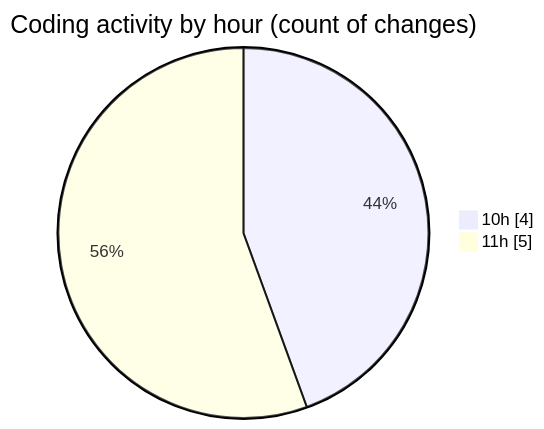
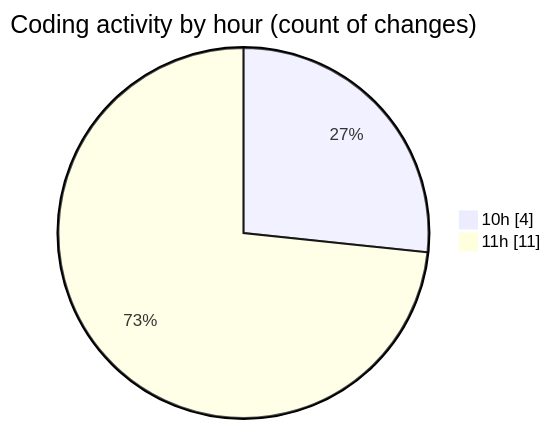
Before and after one commit to nxtqubesakshisongat/code-tracking: the second of 2 diagrams in 2025-07-28/nxtqube_webapp/README.md, drawn with Mermaid. The commit also changed other lines of this file and 1 other file, not shown here.

````diff
--- a/2025-07-28/nxtqube_webapp/README.md
+++ b/2025-07-28/nxtqube_webapp/README.md
@@ -31,6 +32,6 @@
 ```mermaid
 pie showData
 title Coding activity by hour (count of changes)
 "10h" : 4
-"11h" : 5
+"11h" : 11
 ```
````
